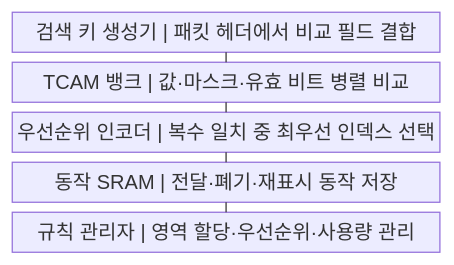
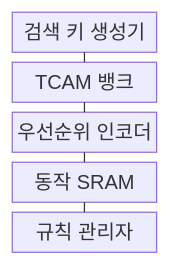
One commit to agnusdei1207/knowledge-base changed the first of 2 diagrams in src/content/docs/notes/04-network/075_tcam.md. Above: the diagram before and after it, drawn with Mermaid. The commit also changed 122 other files, not shown here.

````diff
--- a/src/content/docs/notes/04-network/075_tcam.md
+++ b/src/content/docs/notes/04-network/075_tcam.md
@@ -58,13 +58,13 @@
 ```mermaid
-block
+block-beta
     columns 1
-    A["검색 키 생성기 | 패킷 헤더에서 비교 필드 결합"]
-    B["TCAM 뱅크 | 값·마스크·유효 비트 병렬 비교"]
-    C["우선순위 인코더 | 복수 일치 중 최우선 인덱스 선택"]
-    D["동작 SRAM | 전달·폐기·재표시 동작 저장"]
-    E["규칙 관리자 | 영역 할당·우선순위·사용량 관리"]
+    A["검색 키 생성기"]
+    B["TCAM 뱅크"]
+    C["우선순위 인코더"]
+    D["동작 SRAM"]
+    E["규칙 관리자"]
     A --- B
     B --- C
     C --- D
     D --- E
 ```
````
